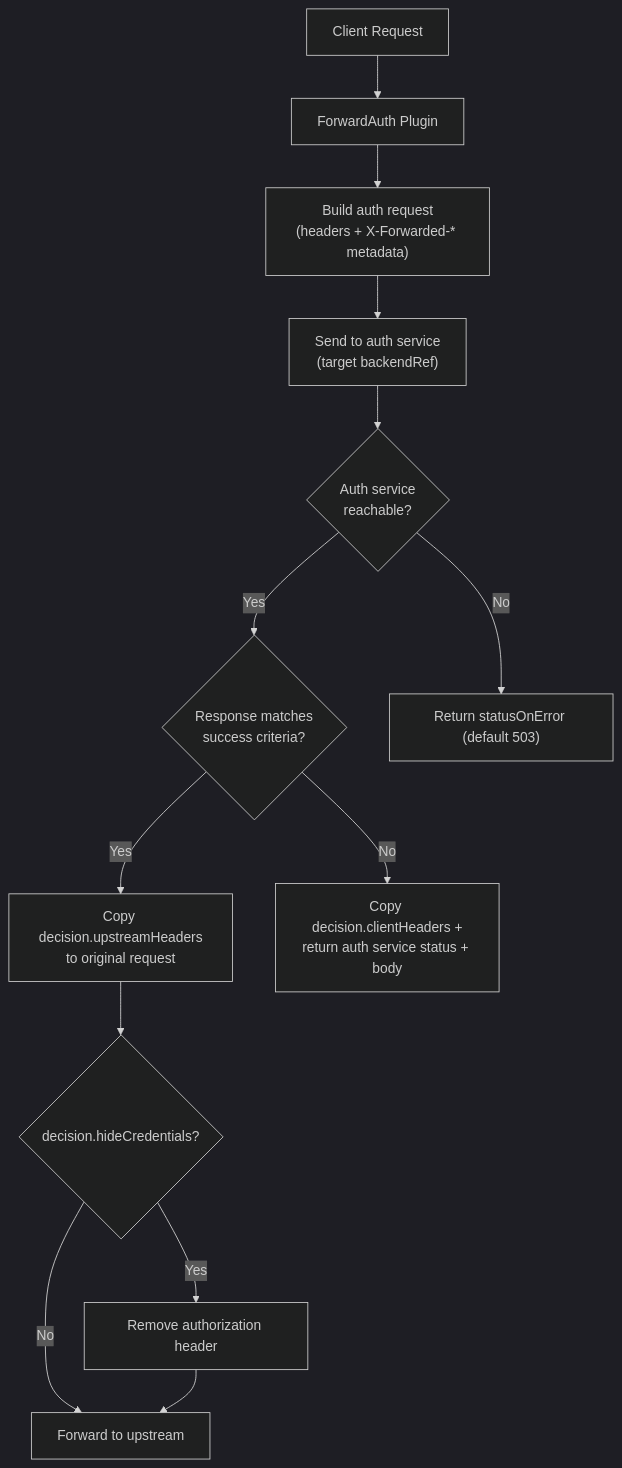
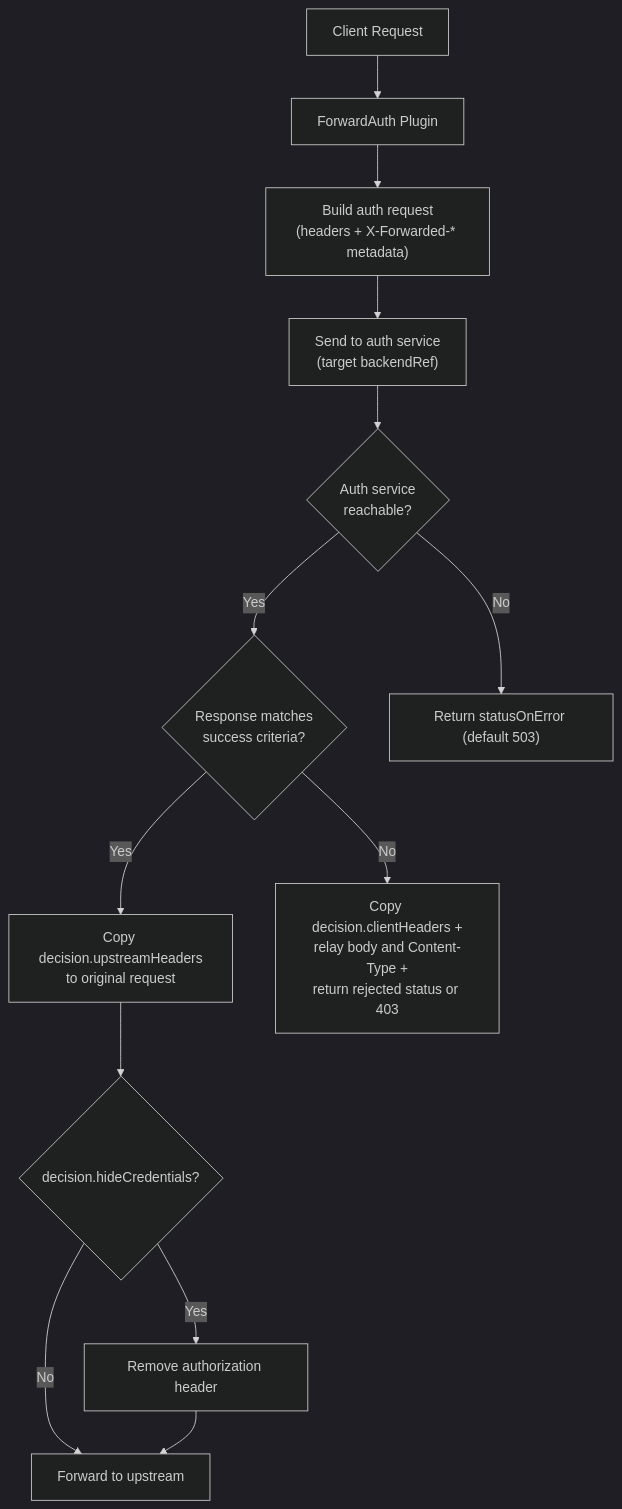
One commit to Pandaala/Edgion changed the diagram in docs/en/user-guide/edgion-plugins/forward-auth.md. Above: the diagram before and after it, drawn with Mermaid (dark theme). The commit also changed other lines of this file and 73 other files, not shown here.

````diff
--- a/docs/en/user-guide/edgion-plugins/forward-auth.md
+++ b/docs/en/user-guide/edgion-plugins/forward-auth.md
@@ -38,15 +38,15 @@
 ```mermaid
 flowchart TD
     A["Client Request"] --> B["ForwardAuth Plugin"]
     B --> C["Build auth request\n(headers + X-Forwarded-* metadata)"]
     C --> D["Send to auth service\n(target backendRef)"]
     D --> E{"Auth service\nreachable?"}
     E -->|Yes| F{"Response matches\nsuccess criteria?"}
     F -->|Yes| G["Copy decision.upstreamHeaders\nto original request"]
     G --> H1{"decision.hideCredentials?"}
     H1 -->|Yes| H2["Remove authorization header"]
     H1 -->|No| I["Forward to upstream"]
     H2 --> I
-    F -->|No| J["Copy decision.clientHeaders +\nreturn auth service status + body"]
+    F -->|No| J["Copy decision.clientHeaders +\nrelay body and Content-Type +\nreturn rejected status or 403"]
     E -->|No| M["Return statusOnError (default 503)"]
 ```
````
